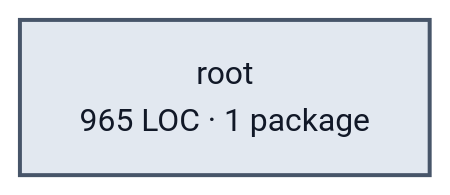
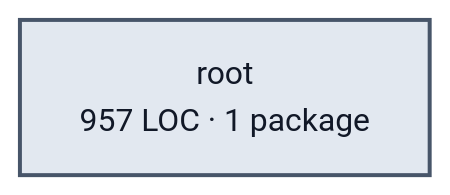
One commit to portpowered/you-agent-factory changed the diagram in docs/architecture/visualizations/services/edges.md. Above: the diagram before and after it, drawn with Mermaid. The commit also changed other lines of this file and 20 other files, not shown here.

Commit message:
docs: refresh backend architecture visualizations

````diff
--- a/docs/architecture/visualizations/services/edges.md
+++ b/docs/architecture/visualizations/services/edges.md
@@ -11,5 +11,5 @@
 ```mermaid
 flowchart LR
-  p0["root<br/>965 LOC · 1 package"]
+  p0["root<br/>957 LOC · 1 package"]
   style p0 fill:#e2e8f0,stroke:#475569,stroke-width:2px,color:#111827
 ```
````
